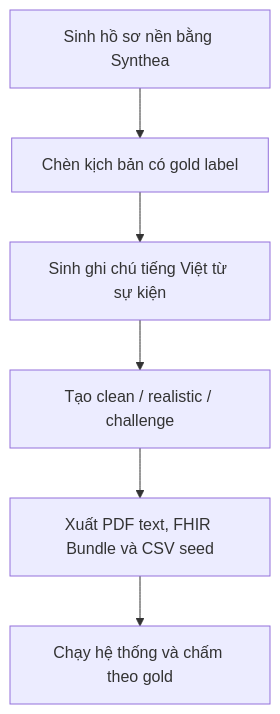
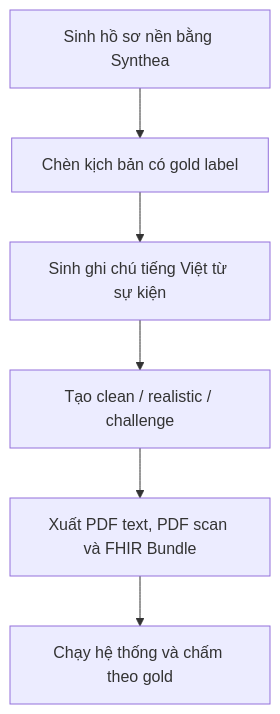
The second of 3 diagrams in Readme-Clinical.md (Duyhoan99/P-194), drawn with Mermaid before and after one commit. The commit also changed other lines of this file and 3 other files, not shown here.

````diff
--- a/Readme-Clinical.md
+++ b/Readme-Clinical.md
@@ -435,8 +434,8 @@
 ```mermaid
 flowchart TD
     A["Sinh hồ sơ nền bằng Synthea"] --> B["Chèn kịch bản có gold label"]
     B --> C["Sinh ghi chú tiếng Việt từ sự kiện"]
     C --> D["Tạo clean / realistic / challenge"]
-    D --> E["Xuất PDF text, FHIR Bundle và CSV seed"]
+    D --> E["Xuất PDF text, PDF scan và FHIR Bundle"]
     E --> F["Chạy hệ thống và chấm theo gold"]
 ```
````
